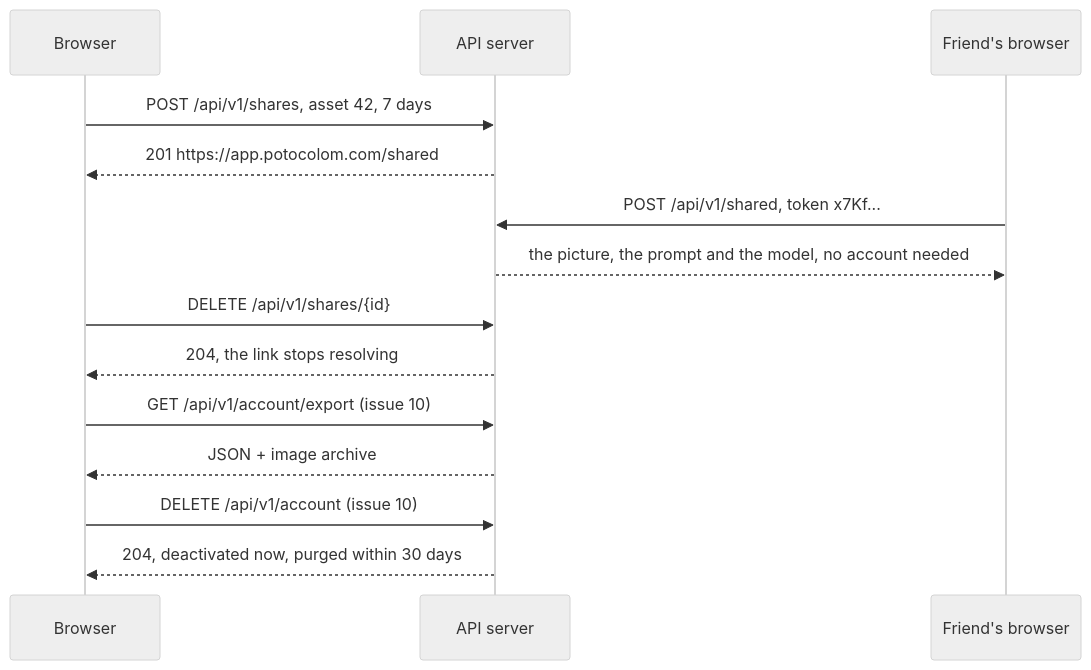
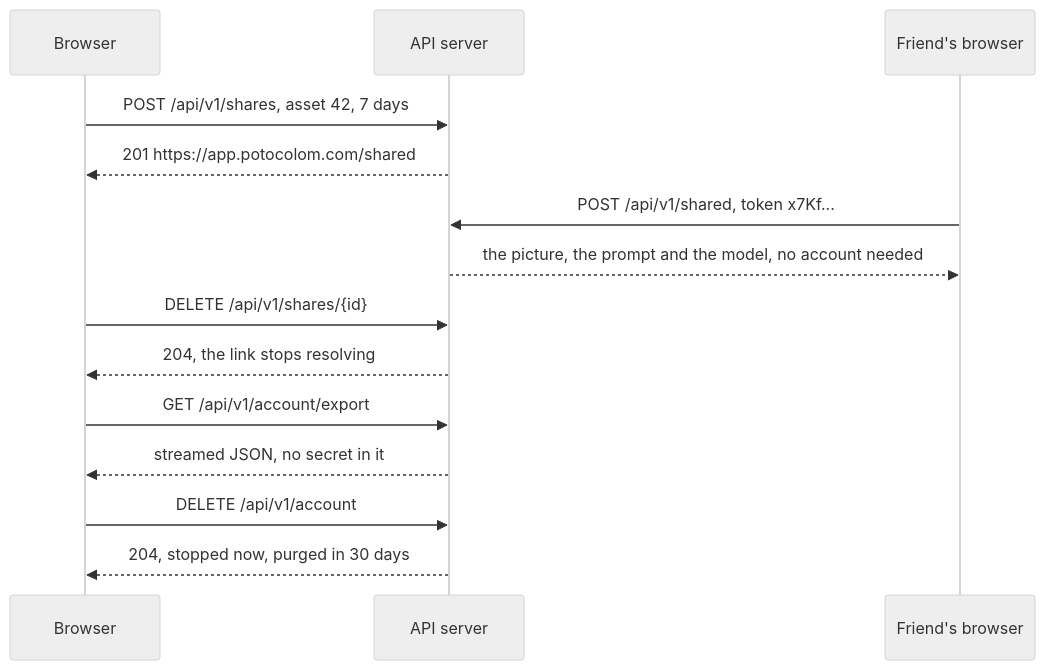
Before and after one commit to Portocolom-Studio/potocolom: the third of 3 diagrams in docs/api.md, drawn with Mermaid (neutral theme). The commit also changed other lines of this file and 4 other files, not shown here.

````diff
--- a/docs/api.md
+++ b/docs/api.md
@@ -426,16 +437,16 @@
 ```mermaid
 sequenceDiagram
     participant B as Browser
     participant A as API server
     participant F as Friend's browser
     B->>A: POST /api/v1/shares, asset 42, 7 days
     A-->>B: 201 https://app.potocolom.com/shared#x7Kf...
     F->>A: POST /api/v1/shared, token x7Kf...
     A-->>F: the picture, the prompt and the model, no account needed
     B->>A: DELETE /api/v1/shares/{id}
     A-->>B: 204, the link stops resolving
-    B->>A: GET /api/v1/account/export (issue 10)
-    A-->>B: JSON + image archive
-    B->>A: DELETE /api/v1/account (issue 10)
-    A-->>B: 204, deactivated now, purged within 30 days
+    B->>A: GET /api/v1/account/export
+    A-->>B: streamed JSON, no secret in it
+    B->>A: DELETE /api/v1/account
+    A-->>B: 204, stopped now, purged in 30 days
 ```
````
